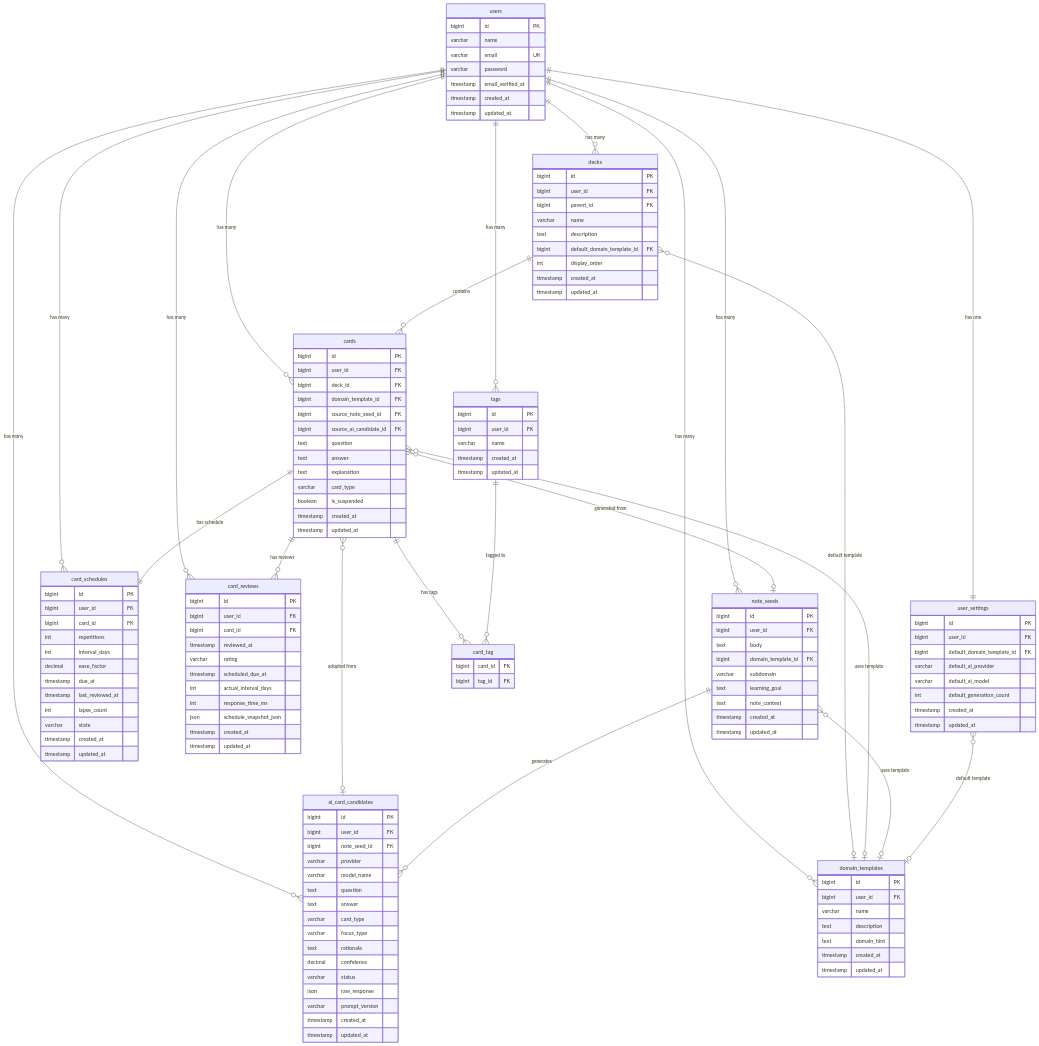
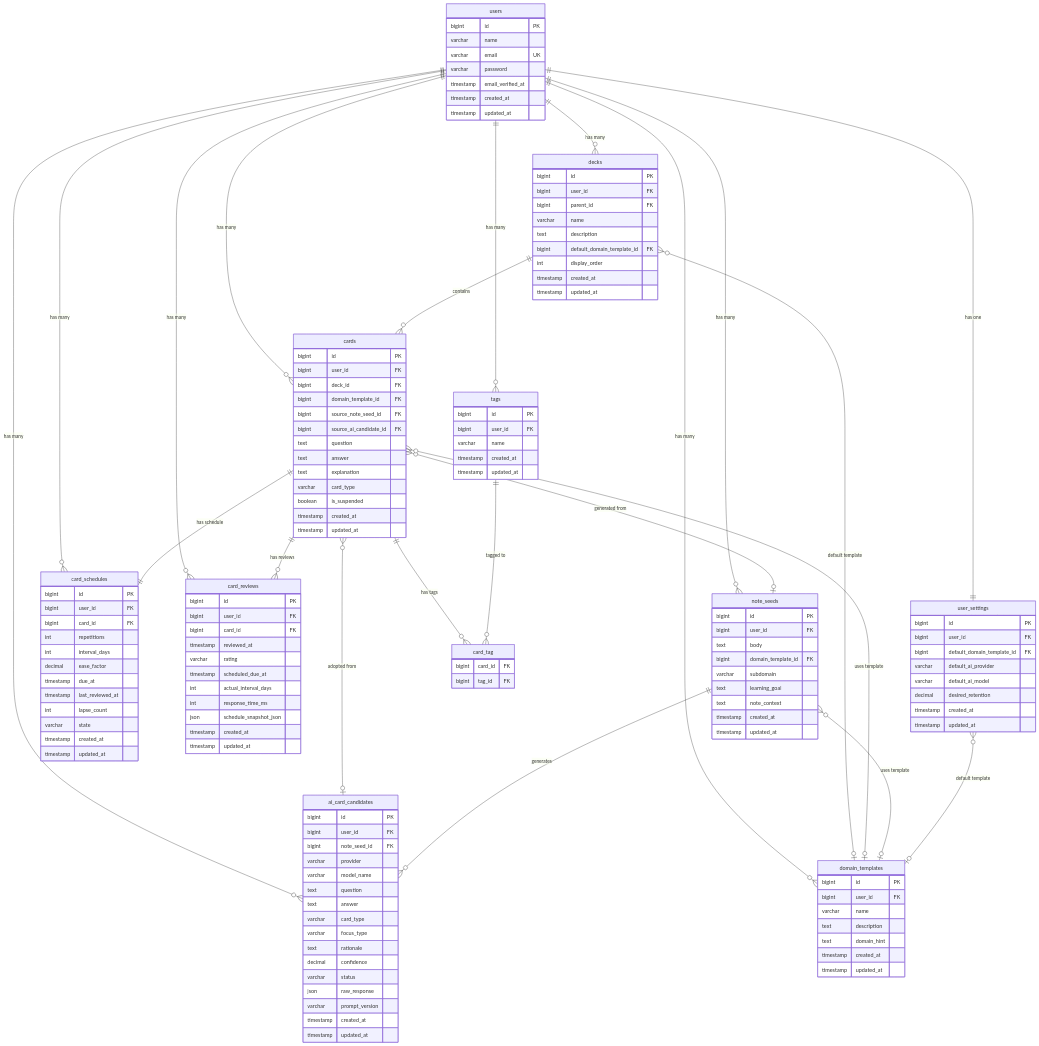
Before and after one commit to Horita-Kaito/anki_ai_flashcard: the diagram in docs/02_er_diagram.md, drawn with Mermaid. The commit also changed other lines of this file and 36 other files, not shown here.

```diff
--- a/docs/02_er_diagram.md
+++ b/docs/02_er_diagram.md
@@ -158,7 +158,7 @@
         bigint default_domain_template_id FK
         varchar default_ai_provider
         varchar default_ai_model
-        int default_generation_count
+        decimal desired_retention
         timestamp created_at
         timestamp updated_at
     }
```
